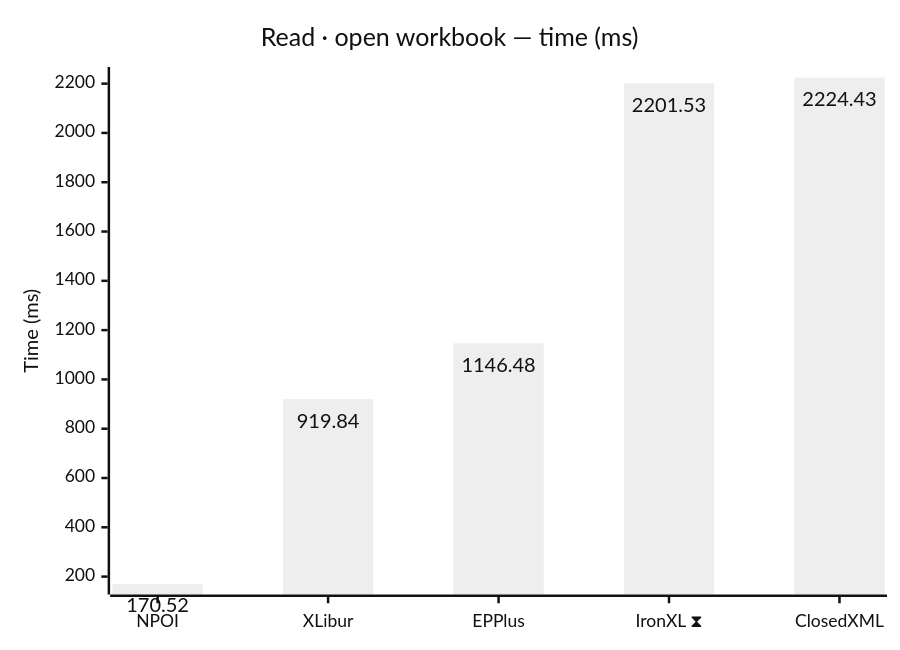
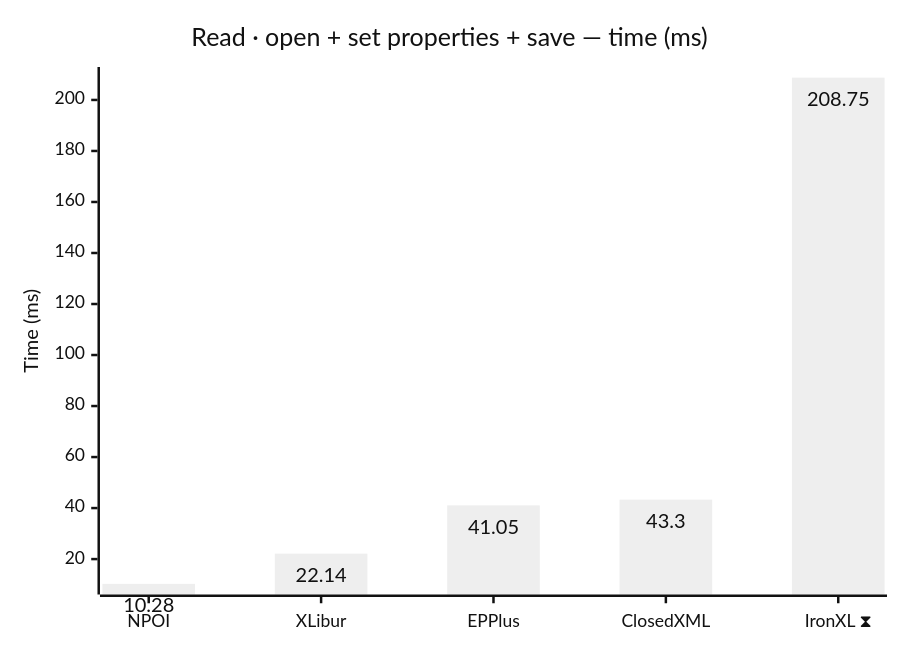
Before and after one commit to jafin/XLBench: the first of 12 diagrams in docs/results-ci.md, drawn with Mermaid (neutral theme). The commit also changed other lines of this file, not shown here.

````diff
--- a/docs/results-ci.md
+++ b/docs/results-ci.md
@@ -41,12 +41,12 @@
 ```mermaid
 ---
 config:
   xyChart:
     showDataLabel: true
 ---
 xychart-beta
-    title "Read · open workbook — time (ms)"
-    x-axis ["NPOI", "XLibur", "EPPlus", "IronXL ⧗", "ClosedXML"]
+    title "Read · open + set properties + save — time (ms)"
+    x-axis ["NPOI", "XLibur", "EPPlus", "ClosedXML", "IronXL ⧗"]
     y-axis "Time (ms)"
-    bar [170.52, 919.84, 1146.48, 2201.53, 2224.43]
+    bar [10.28, 22.14, 41.05, 43.3, 208.75]
 ```
````
